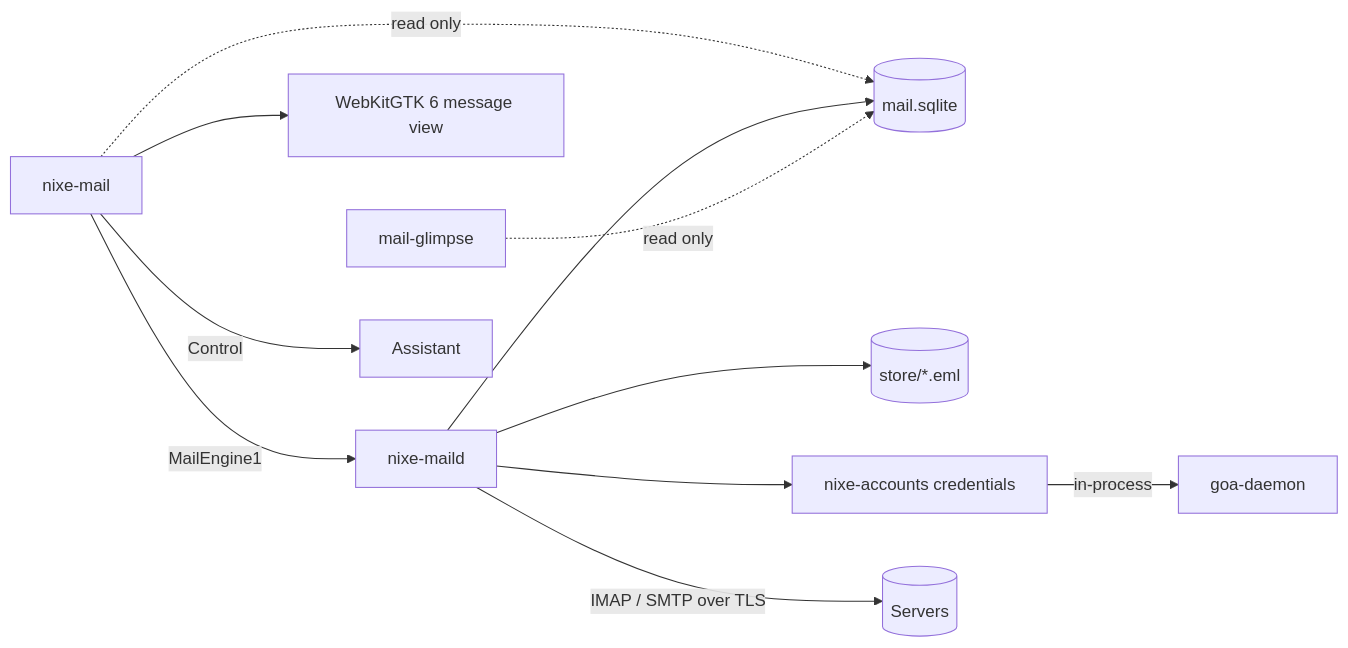
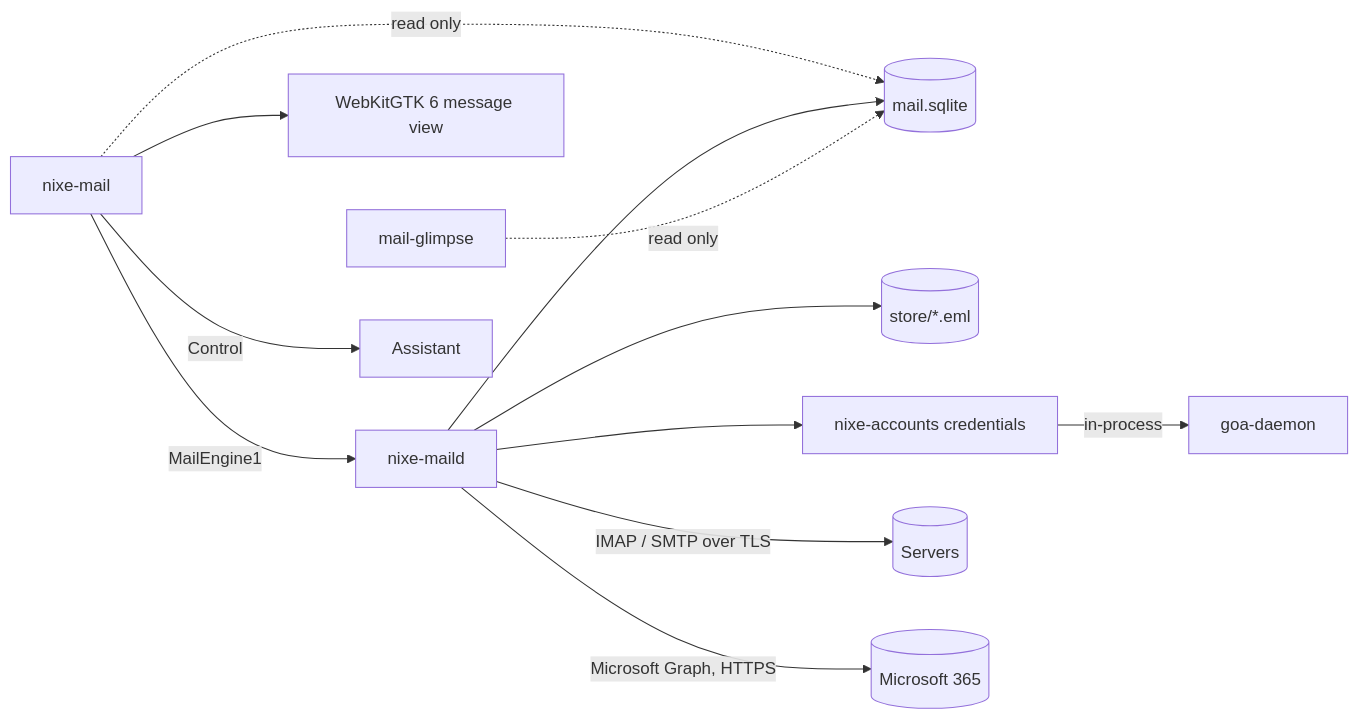
Before and after one commit to design-nexus/nixe-mail: the diagram in docs/ARCHITECTURE.md, drawn with Mermaid. The commit also changed other lines of this file and 17 other files, not shown here.

Commit message:
Mail: Microsoft 365 and Outlook.com over Microsoft Graph (delta sync, changes, sendMail with Bcc), fake Graph server and tests (schema v3)

````diff
--- a/docs/ARCHITECTURE.md
+++ b/docs/ARCHITECTURE.md
@@ -3,13 +3,14 @@
 ```mermaid
 flowchart LR
   UI[nixe-mail] -->|MailEngine1| Maild[nixe-maild]
   UI -.read only.-> Db[(mail.sqlite)]
   Maild --> Db
   Maild --> Store[(store/*.eml)]
   Maild --> Acc[nixe-accounts credentials]
   Acc -->|in-process| GOA[goa-daemon]
   Maild -->|IMAP / SMTP over TLS| Servers[(Servers)]
+  Maild -->|Microsoft Graph, HTTPS| M365[(Microsoft 365)]
   UI --> Web[WebKitGTK 6 message view]
   Glimpse[mail-glimpse] -.read only.-> Db
   UI -->|Control| Assistant
 ```
````
